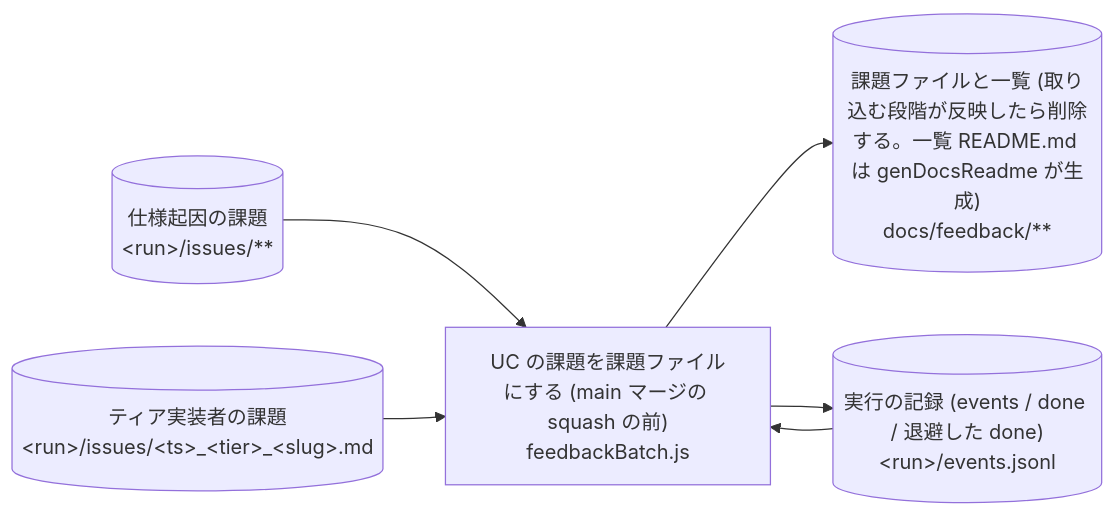
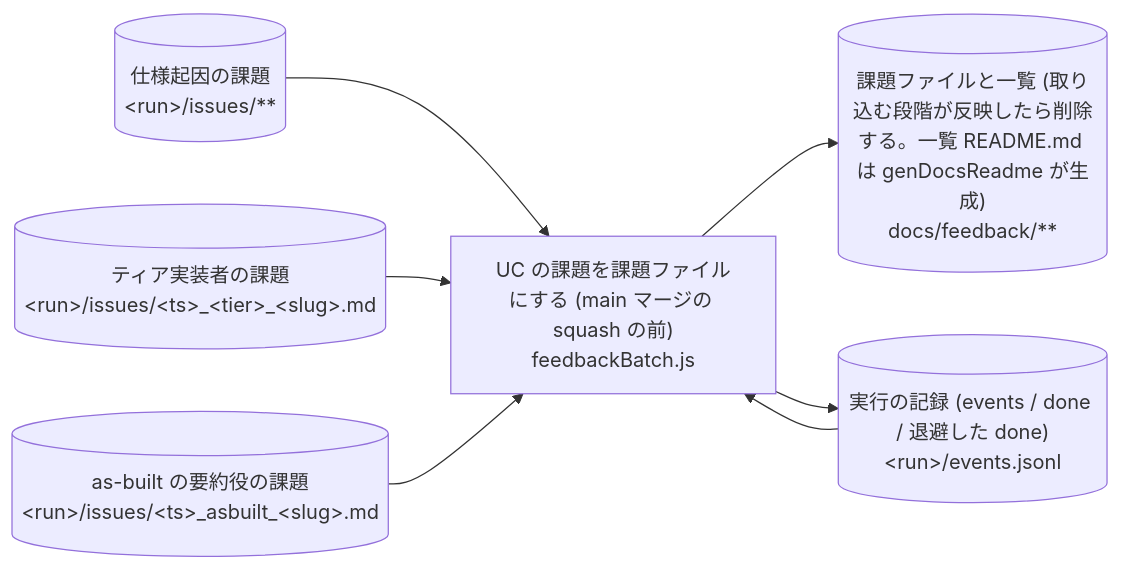
One commit to suwa-sh/suwa-sh-claude-plugins changed diagram 48 of 48 in plugins/distillery2/skills/d2-common/references/dataflow.md. Above: the diagram before and after it, drawn with Mermaid. The commit also changed other lines of this file and 17 other files, not shown here.

````diff
--- a/plugins/distillery2/skills/d2-common/references/dataflow.md
+++ b/plugins/distillery2/skills/d2-common/references/dataflow.md
@@ -1150,13 +1154,15 @@
 ```mermaid
 flowchart LR
   p_run_uc_file_issues["UC の課題を課題ファイルにする (main マージの squash の前)<br/>feedbackBatch.js"]
   s_issues[("仕様起因の課題<br/>#lt;run#gt;/issues/**")]
   s_issues_tier[("ティア実装者の課題<br/>#lt;run#gt;/issues/#lt;ts#gt;_#lt;tier#gt;_#lt;slug#gt;.md")]
+  s_issues_asbuilt[("as-built の要約役の課題<br/>#lt;run#gt;/issues/#lt;ts#gt;_asbuilt_#lt;slug#gt;.md")]
   s_run_events[("実行の記録 (events / done / 退避した done)<br/>#lt;run#gt;/events.jsonl")]
   s_feedback_docs[("課題ファイルと一覧 (取り込む段階が反映したら削除する。一覧 README.md は genDocsReadme が生成)<br/>docs/feedback/**")]
   s_issues --> p_run_uc_file_issues
   s_issues_tier --> p_run_uc_file_issues
+  s_issues_asbuilt --> p_run_uc_file_issues
   s_run_events --> p_run_uc_file_issues
   p_run_uc_file_issues --> s_feedback_docs
   p_run_uc_file_issues --> s_run_events
 ```
````
